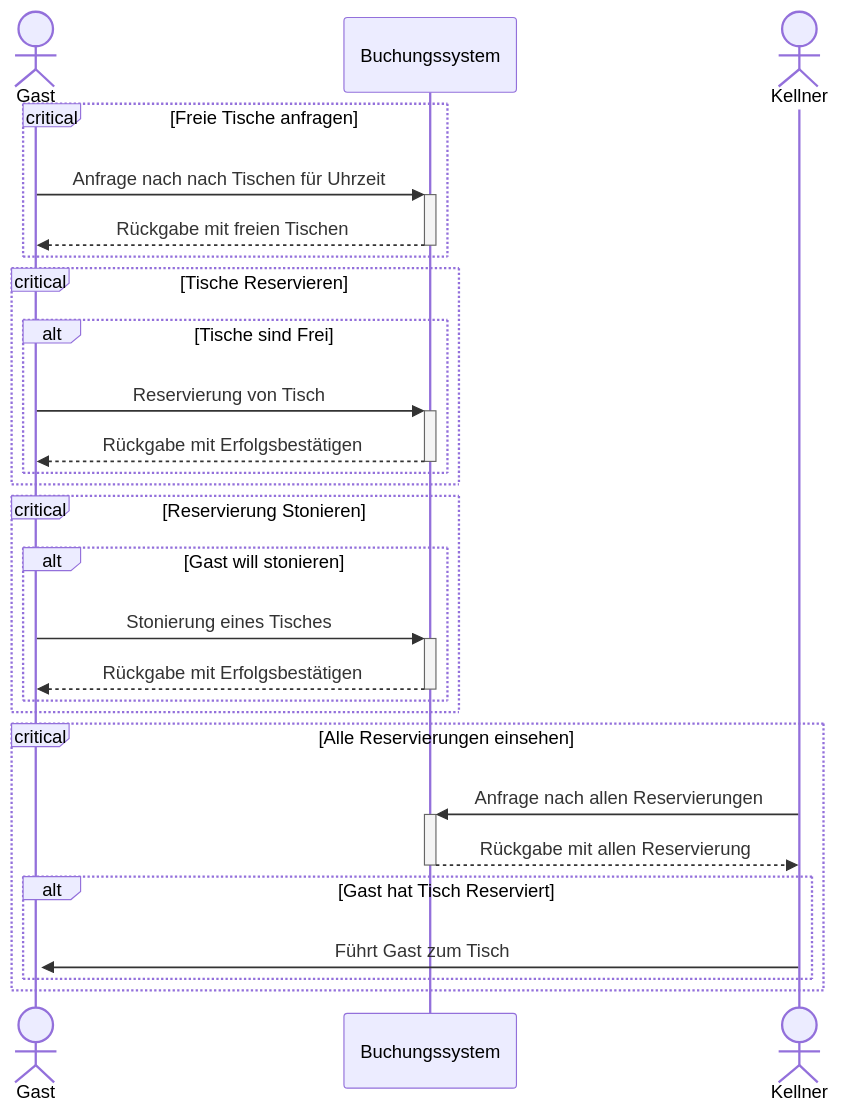
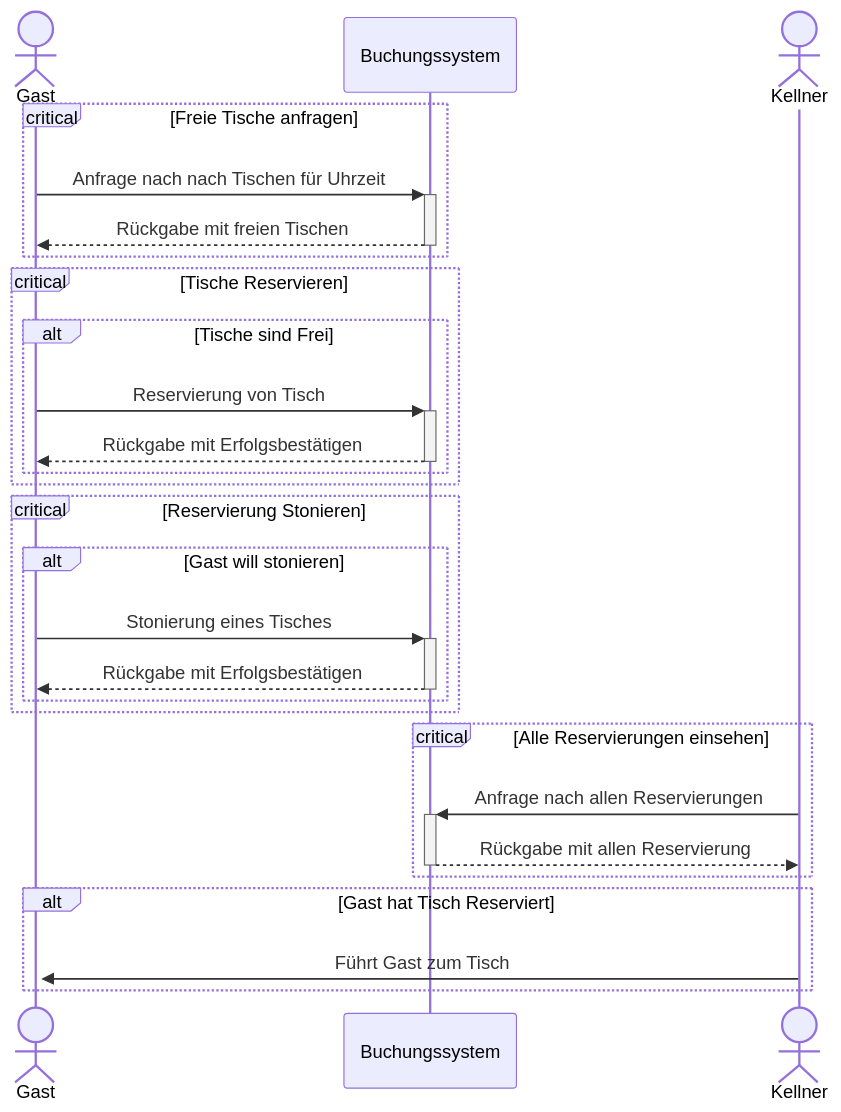
One commit to FIA-GSO/tischreservierung-die-verkurzer-0 changed the diagram in README.md. Above: the diagram before and after it, drawn with Mermaid. The commit also changed other lines of this file, not shown here.

````diff
--- a/README.md
+++ b/README.md
@@ -40,32 +40,32 @@
 ```mermaid
 sequenceDiagram
     actor Gast
     participant Buch as Buchungssystem 
     actor Kellner
     
     critical Freie Tische anfragen
         Gast->>+Buch: Anfrage nach nach Tischen für Uhrzeit
         Buch-->>-Gast: Rückgabe mit freien Tischen
     end
     critical Tische Reservieren
         alt Tische sind Frei
         Gast->>+Buch: Reservierung von Tisch
         Buch-->>-Gast: Rückgabe mit Erfolgsbestätigen
         end
     end
     
     critical Reservierung Stonieren
         alt Gast will stonieren
         Gast->>+Buch: Stonierung eines Tisches
         Buch-->>-Gast: Rückgabe mit Erfolgsbestätigen
         end
     end
     critical Alle Reservierungen einsehen
         Kellner->>+Buch: Anfrage nach allen Reservierungen
         Buch-->>-Kellner: Rückgabe mit allen Reservierung
+    end
         
         alt Gast hat Tisch Reserviert
         Kellner->>+Gast: Führt Gast zum Tisch
         end
-    end
 ```
````
